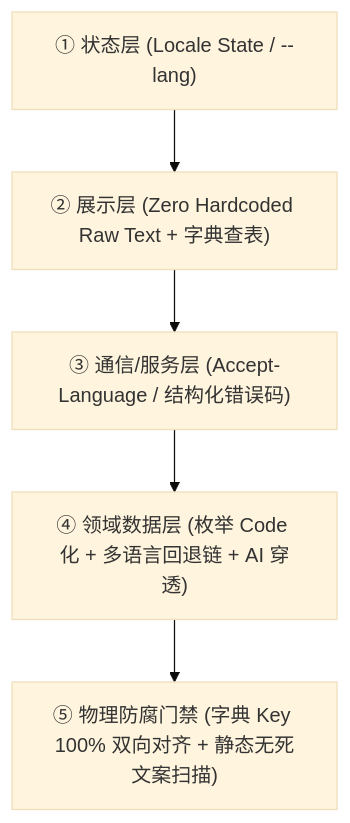
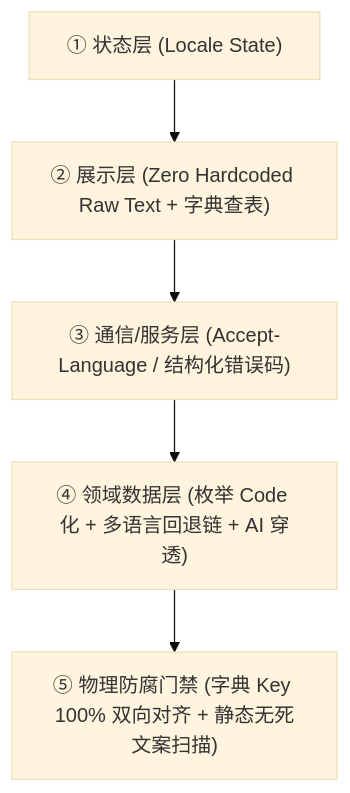
Before and after one commit to liuchangchxy/vibe-coding-starter: the diagram in templates/I18N_AND_THEME_ARCHITECTURE.md, drawn with Mermaid (base theme). The commit also changed other lines of this file and 1 other file, not shown here.

````diff
--- a/templates/I18N_AND_THEME_ARCHITECTURE.md
+++ b/templates/I18N_AND_THEME_ARCHITECTURE.md
@@ -12,7 +13,7 @@
 ```mermaid
 flowchart TD
-    A["① 状态层 (Locale State / --lang)"] --> B["② 展示层 (Zero Hardcoded Raw Text + 字典查表)"]
+    A["① 状态层 (Locale State)"] --> B["② 展示层 (Zero Hardcoded Raw Text + 字典查表)"]
     B --> C["③ 通信/服务层 (Accept-Language / 结构化错误码)"]
     C --> D["④ 领域数据层 (枚举 Code 化 + 多语言回退链 + AI 穿透)"]
     D --> E["⑤ 物理防腐门禁 (字典 Key 100% 双向对齐 + 静态无死文案扫描)"]
 ```
````
